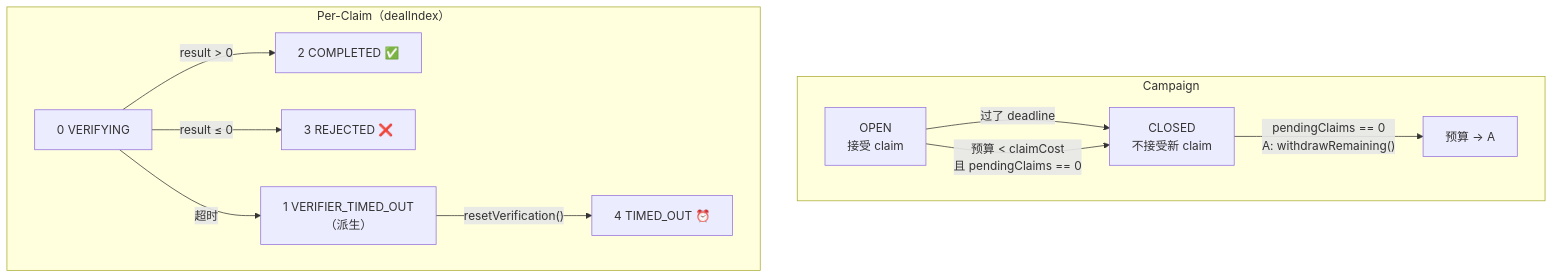
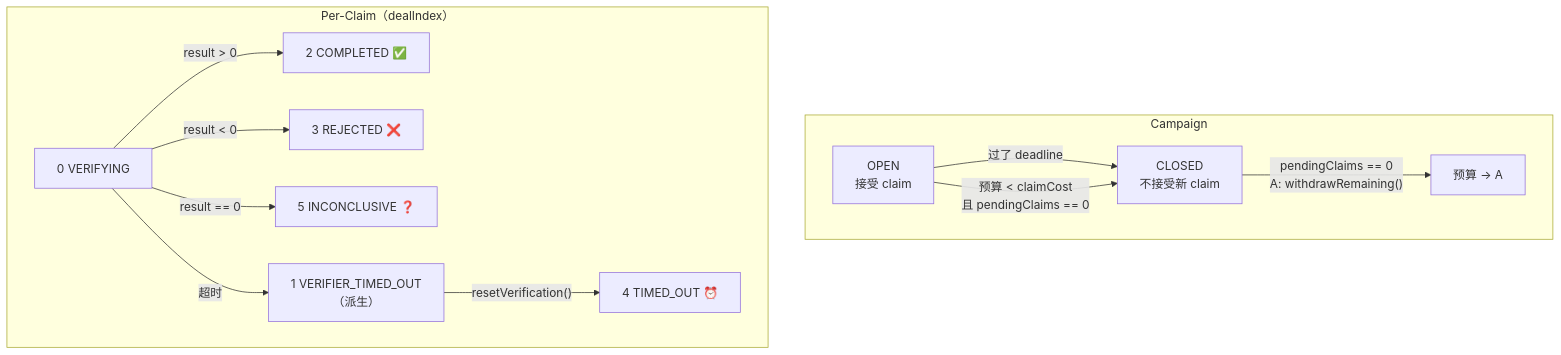
The second of 2 diagrams in examples/x-follow/x-follow-design-zh.md (synctxai/synctx), drawn with Mermaid before and after one commit. The commit also changed other lines of this file and 5 other files, not shown here.

````diff
--- a/examples/x-follow/x-follow-design-zh.md
+++ b/examples/x-follow/x-follow-design-zh.md
@@ -313,24 +316,26 @@
 ```mermaid
 flowchart TD
     subgraph "Campaign"
         OPEN["OPEN<br/>接受 claim"]
         CLOSED["CLOSED<br/>不接受新 claim"]
 
         OPEN -->|"过了 deadline"| CLOSED
         OPEN -->|"预算 < claimCost<br/>且 pendingClaims == 0"| CLOSED
         CLOSED -->|"pendingClaims == 0<br/>A: withdrawRemaining()"| DONE["预算 → A"]
     end
 
     subgraph "Per-Claim（dealIndex）"
         VERIFYING["0 VERIFYING"]
         VTO["1 VERIFIER_TIMED_OUT<br/>（派生）"]
         COMPLETED["2 COMPLETED ✅"]
         REJECTED["3 REJECTED ❌"]
         TO["4 TIMED_OUT ⏰"]
+        INCONCLUSIVE["5 INCONCLUSIVE ❓"]
 
         VERIFYING -->|"result > 0"| COMPLETED
-        VERIFYING -->|"result ≤ 0"| REJECTED
+        VERIFYING -->|"result < 0"| REJECTED
+        VERIFYING -->|"result == 0"| INCONCLUSIVE
         VERIFYING -->|"超时"| VTO
         VTO -->|"resetVerification()"| TO
     end
 ```
````
